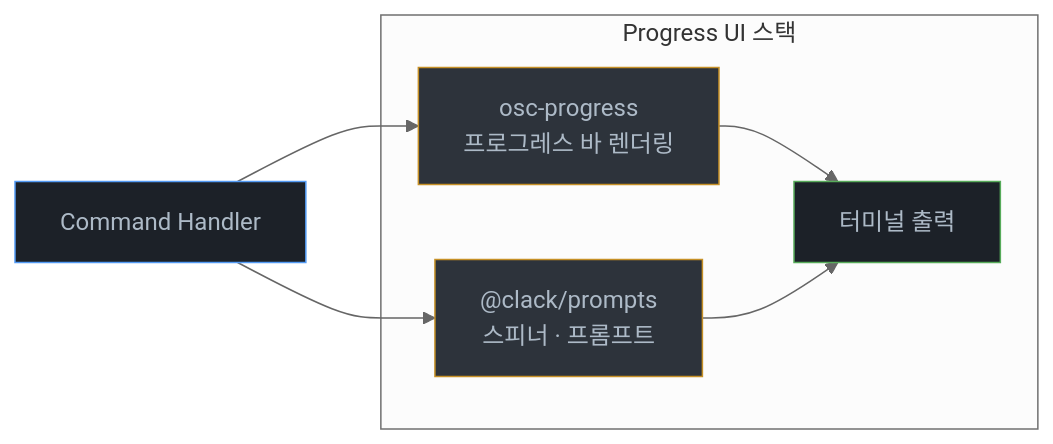
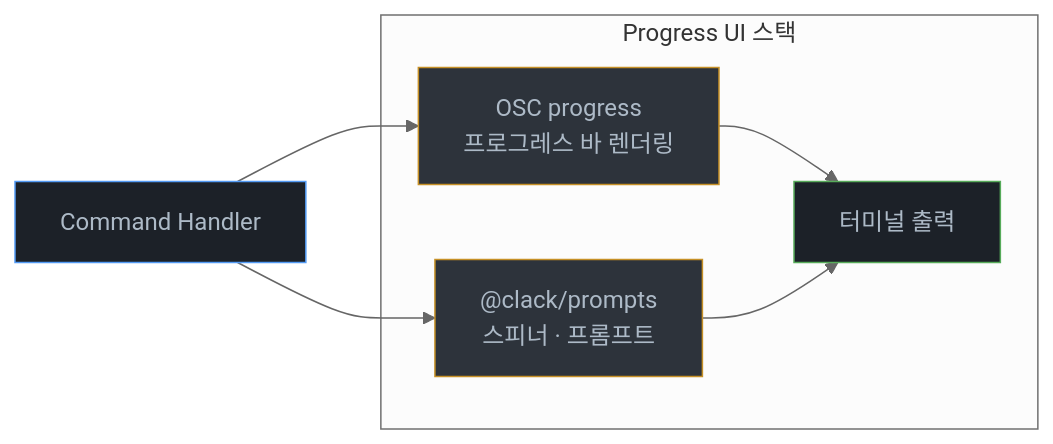
One commit to kgpark88/aiagent2026 changed the fourth of 6 diagrams in openclaw분석/05-CLI-명령-시스템.md. Above: the diagram before and after it, drawn with Mermaid (neutral theme). The commit also changed other lines of this file and 11 other files, not shown here.

````diff
--- a/openclaw분석/05-CLI-명령-시스템.md
+++ b/openclaw분석/05-CLI-명령-시스템.md
@@ -366,15 +374,15 @@
 ```mermaid
 flowchart LR
     subgraph "Progress UI 스택"
-        A["osc-progress<br/>프로그레스 바 렌더링"] --> C["터미널 출력"]
+        A["OSC progress<br/>프로그레스 바 렌더링"] --> C["터미널 출력"]
         B["@clack/prompts<br/>스피너 · 프롬프트"] --> C
     end
 
     D["Command Handler"] --> A
     D --> B
 
     style A fill:#2d333b,stroke:#c69026,color:#adbac7
     style B fill:#2d333b,stroke:#c69026,color:#adbac7
     style C fill:#1c2128,stroke:#57ab5a,color:#adbac7
     style D fill:#1c2128,stroke:#539bf5,color:#adbac7
 ```
````
